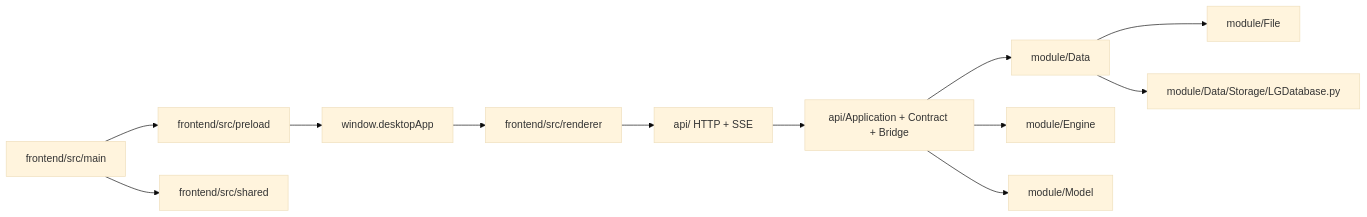
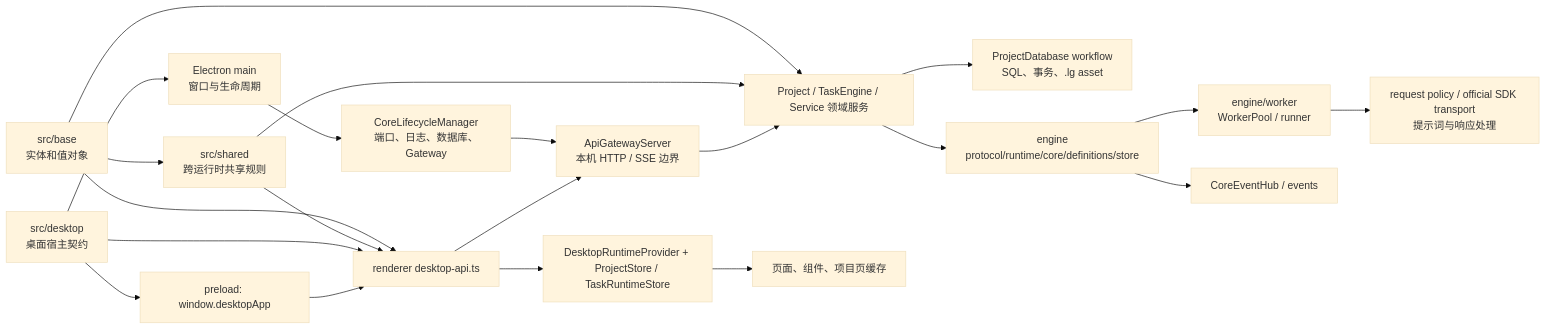
Before and after one commit to neavo/LinguaGacha: the first of 3 diagrams in docs/ARCHITECTURE.md, drawn with Mermaid (base theme). The commit also changed other lines of this file and 1301 other files, not shown here.

````diff
--- a/docs/ARCHITECTURE.md
+++ b/docs/ARCHITECTURE.md
@@ -8,14 +19,23 @@
 ```mermaid
 flowchart LR
-    A["frontend/src/main"] --> B["frontend/src/preload"]
-    A --> C["frontend/src/shared"]
-    B --> D["window.desktopApp"]
-    D --> E["frontend/src/renderer"]
-    E --> F["api/ HTTP + SSE"]
-    F --> G["api/Application + Contract + Bridge"]
-    G --> H["module/Data"]
-    G --> I["module/Engine"]
-    H --> J["module/File"]
-    G --> K["module/Model"]
-    H --> L["module/Data/Storage/LGDatabase.py"]
+  N["src/base<br/>实体和值对象"] --> D
+  N --> J
+  N --> S["src/shared<br/>跨运行时共享规则"]
+  S --> D
+  S --> J
+  X["src/desktop<br/>桌面宿主契约"] --> A
+  X --> I
+  X --> J
+  A["Electron main<br/>窗口与生命周期"] --> B["CoreLifecycleManager<br/>端口、日志、数据库、Gateway"]
+  B --> C["ApiGatewayServer<br/>本机 HTTP / SSE 边界"]
+  C --> D["Project / TaskEngine / Service 领域服务"]
+  D --> E["ProjectDatabase workflow<br/>SQL、事务、.lg asset"]
+  D --> F["engine<br/>protocol/runtime/core/definitions/store"]
+  F --> G["engine/worker<br/>WorkerPool / runner"]
+  G --> H["request policy / official SDK transport<br/>提示词与响应处理"]
+  F --> M["CoreEventHub / events"]
+  I["preload: window.desktopApp"] --> J["renderer desktop-api.ts"]
+  J --> C
+  J --> K["DesktopRuntimeProvider + ProjectStore / TaskRuntimeStore"]
+  K --> L["页面、组件、项目页缓存"]
 ```
````
